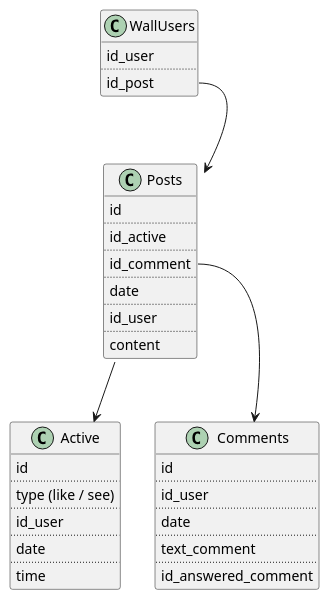
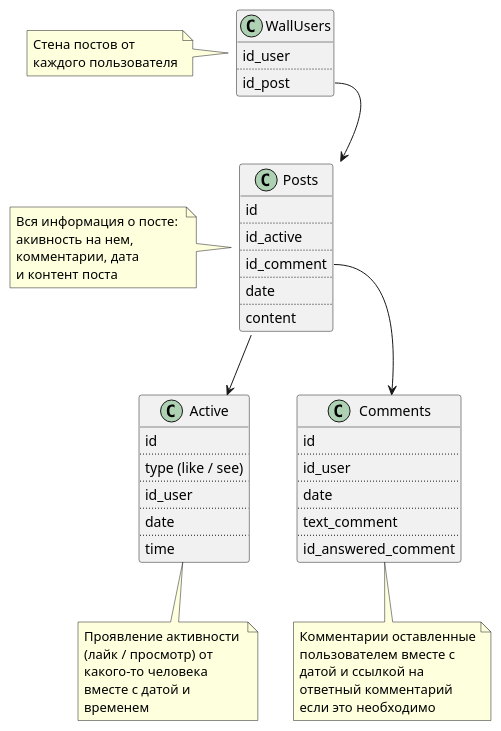
The diagram in docs/PostService/PostService.puml (KatrinaVl/COA), drawn with PlantUML before and after one commit. The commit also changed 4 other files, not shown here.

```diff
--- a/docs/PostService/PostService.puml
+++ b/docs/PostService/PostService.puml
@@ -1,63 +1,89 @@
 @startuml
 class Posts {
     id 
     ..
     id_active
     ..
     id_comment
     ..
     date
     ..
-    id_user
-    ..
     content
 }
+
+note left of Posts
+Вся информация о посте: 
+акивность на нем, 
+комментарии, дата 
+и контент поста
+end note
 
 class Comments {
     id
     ..
     id_user
     ..
     date
     ..
     text_comment
     ..
     id_answered_comment
 }
 
+note bottom of Comments
+Комментарии оставленные
+пользователем вместе с
+датой и ссылкой на 
+ответный комментарий
+если это необходимо
+end note
+
 class Active {
     id
     ..
     type (like / see)
     ..
     id_user
     ..
     date
     ..
     time
 }
 
+note bottom of Active
+Проявление активности 
+(лайк / просмотр) от 
+какого-то человека
+вместе с датой и 
+временем
+end note
+
 class WallUsers {
     id_user
     ..
     id_post
 }
+
+note left of WallUsers
+Стена постов от 
+каждого пользователя
+end note
 
 WallUsers::id_post --> Posts
 
 Posts::id_comment --> Comments
 Posts::list_likes --> Active
 
 
 
 ' Kafka --> Posts #green;line.dotted;text:green : info о посте 
 ' Kafka --> Comments #green;line.dotted;text:green : info о комментарии
 ' Kafka --> Likes #green;line.dotted;text:green : info о лайке
 
 
 
 
 
 
 
 @enduml
```
